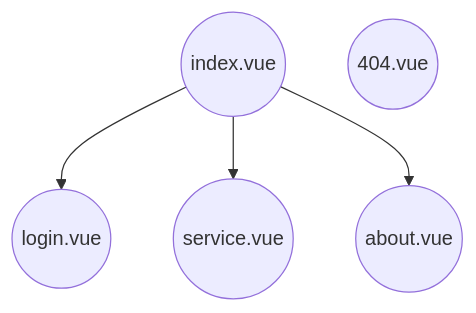
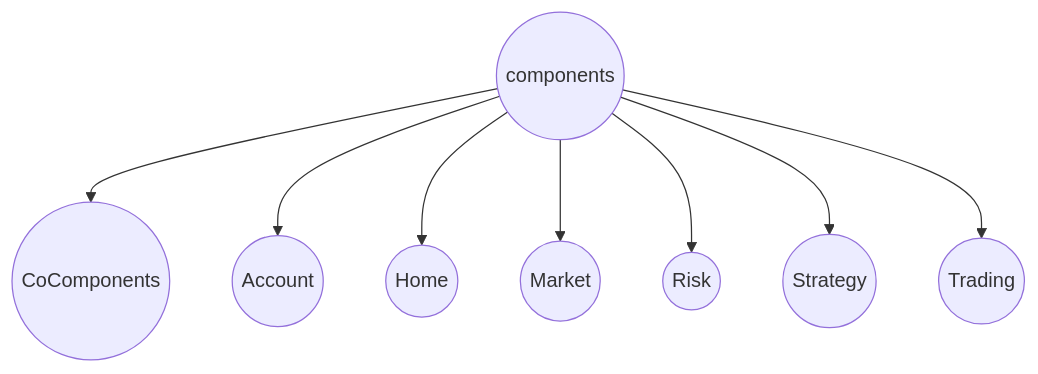
The diagram in README.md (Naturalifica/CitiCup-frontend), drawn with Mermaid before and after one commit. The commit also changed other lines of this file and 25 other files, not shown here.

````diff
--- a/README.md
+++ b/README.md
@@ -23,7 +21,10 @@
 ```mermaid
 graph TD
-a((index.vue)) --> b((login.vue))
-a --> c((service.vue))
-a --> d((about.vue))
-e((404.vue))
+a((components))-->c((CoComponents))
+a-->b((Account))
+a-->d((Home))
+a-->e((Market))
+a-->f((Risk))
+a-->g((Strategy))
+a-->h((Trading))
 ```
````
